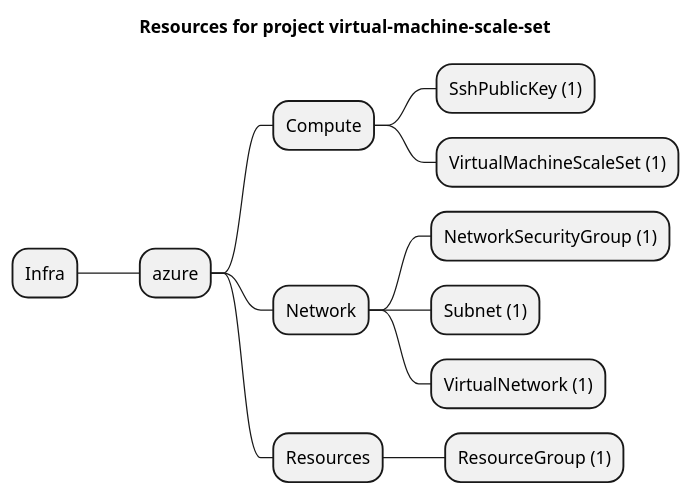
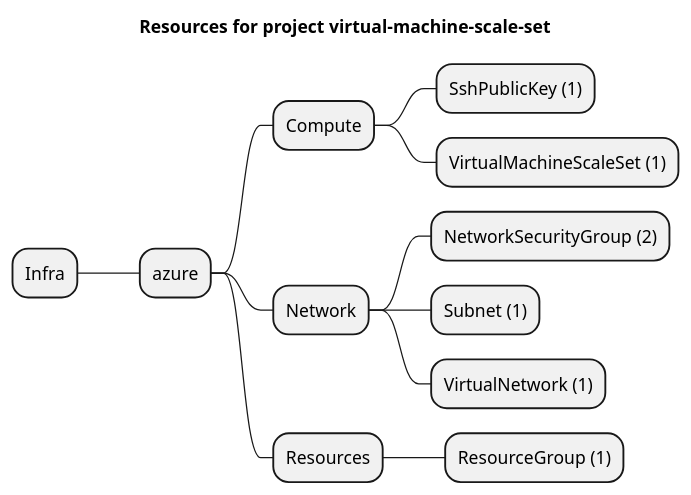
One commit to grucloud/grucloud changed the diagram in examples/azure/Compute/virtual-machine-scale-set/artifacts/resources-mindmap.puml. Above: the diagram before and after it, drawn with PlantUML. The commit also changed 35 other files, not shown here.

Commit message:
update diagram svg

```diff
--- a/examples/azure/Compute/virtual-machine-scale-set/artifacts/resources-mindmap.puml
+++ b/examples/azure/Compute/virtual-machine-scale-set/artifacts/resources-mindmap.puml
@@ -1,15 +1,15 @@
 @startmindmap
 title Resources for project virtual-machine-scale-set
 skinparam monochrome true
 + Infra
 ++ azure
 +++ Compute
 ++++ SshPublicKey (1)
 ++++ VirtualMachineScaleSet (1)
 +++ Network
-++++ NetworkSecurityGroup (1)
+++++ NetworkSecurityGroup (2)
 ++++ Subnet (1)
 ++++ VirtualNetwork (1)
 +++ Resources
 ++++ ResourceGroup (1)
 @endmindmap
```
